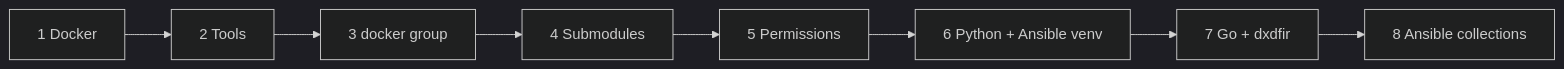
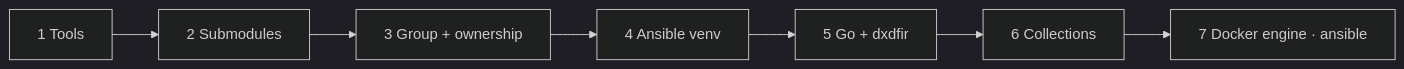
One commit to Get-Sybers/DX_DFIR changed the diagram in docs/architecture/setup-flow.md. Above: the diagram before and after it, drawn with Mermaid (dark theme). The commit also changed other lines of this file and 3 other files, not shown here.

````diff
--- a/docs/architecture/setup-flow.md
+++ b/docs/architecture/setup-flow.md
@@ -8,6 +8,6 @@
 ```mermaid
 flowchart LR
-    A[1 Docker] --> B[2 Tools] --> C[3 docker group] --> D[4 Submodules]
-    D --> E[5 Permissions] --> F[6 Python + Ansible venv]
-    F --> G[7 Go + dxdfir] --> H[8 Ansible collections]
+    A[1 Tools] --> B[2 Submodules] --> C[3 Group + ownership]
+    C --> D[4 Ansible venv] --> E[5 Go + dxdfir]
+    E --> F[6 Collections] --> G[7 Docker engine · ansible]
 ```
````
